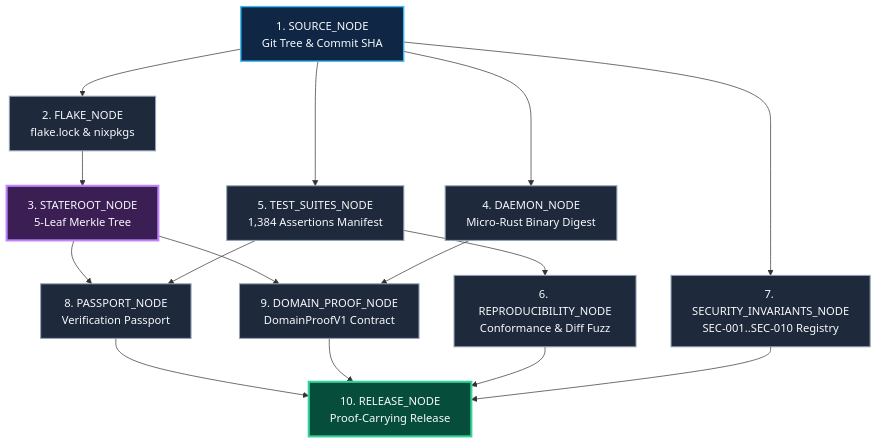
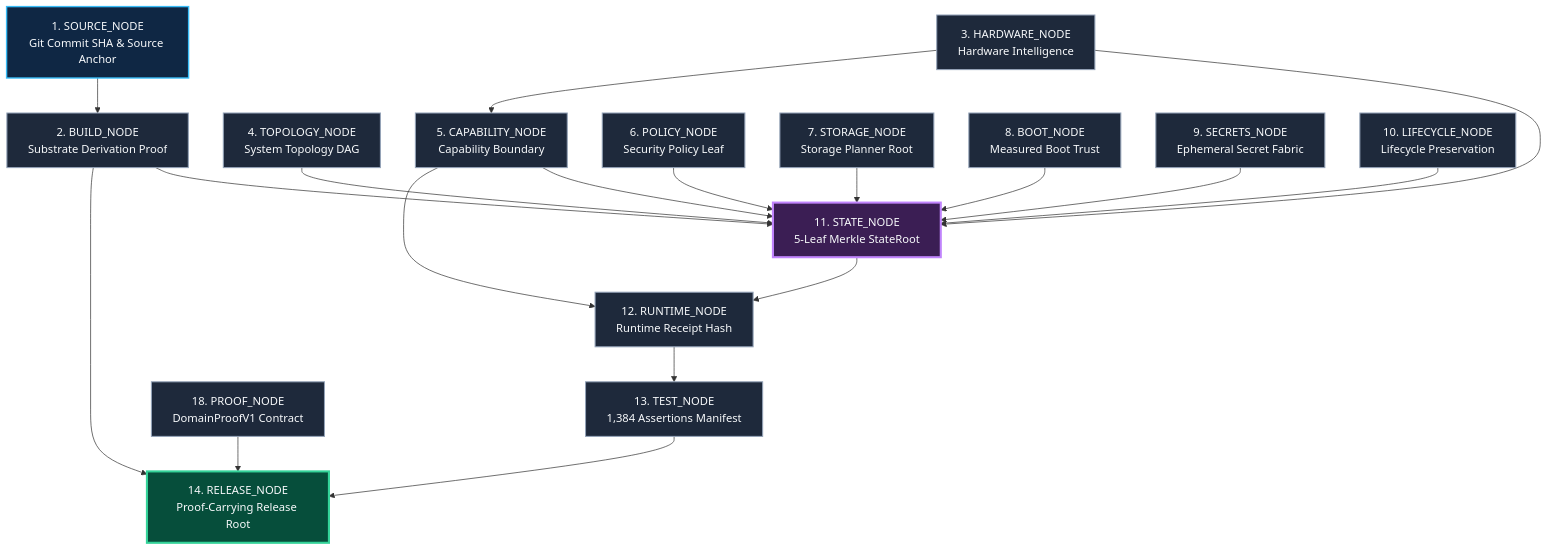
Before and after one commit to adamriofc/NeuronixOS: the seventh of 7 diagrams in README.md, drawn with Mermaid. The commit also changed other lines of this file and 2 other files, not shown here.

First line of the commit message:
fix(tools): enhance verify_passport CLI format handling and sync 18-node DAG docs

````diff
--- a/README.md
+++ b/README.md
@@ -1117,27 +1125,28 @@
 ```mermaid
 flowchart TD
-    SOURCE["1. SOURCE_NODE<br>Git Tree & Commit SHA"]:::rootNode --> FLAKE["2. FLAKE_NODE<br>flake.lock & nixpkgs"]:::midNode
-    SOURCE --> TEST["5. TEST_SUITES_NODE<br>1,384 Assertions Manifest"]:::midNode
-    SOURCE --> INVARIANTS["7. SECURITY_INVARIANTS_NODE<br>SEC-001..SEC-010 Registry"]:::midNode
+    SOURCE["1. SOURCE_NODE<br>Git Commit SHA & Source Anchor"]:::rootNode --> BUILD["2. BUILD_NODE<br>Substrate Derivation Proof"]:::midNode
     
-    FLAKE --> STATE["3. STATEROOT_NODE<br>5-Leaf Merkle Tree"]:::stateNode
-    SOURCE --> DAEMON["4. DAEMON_NODE<br>Micro-Rust Binary Digest"]:::midNode
+    HARDWARE["3. HARDWARE_NODE<br>Hardware Intelligence"]:::midNode --> STATE["11. STATE_NODE<br>5-Leaf Merkle StateRoot"]:::stateNode
+    TOPOLOGY["4. TOPOLOGY_NODE<br>System Topology DAG"]:::midNode --> STATE
+    CAPABILITY["5. CAPABILITY_NODE<br>Capability Boundary"]:::midNode --> STATE
+    POLICY["6. POLICY_NODE<br>Security Policy Leaf"]:::midNode --> STATE
+    STORAGE["7. STORAGE_NODE<br>Storage Planner Root"]:::midNode --> STATE
+    BOOT["8. BOOT_NODE<br>Measured Boot Trust"]:::midNode --> STATE
+    SECRETS["9. SECRETS_NODE<br>Ephemeral Secret Fabric"]:::midNode --> STATE
+    LIFECYCLE["10. LIFECYCLE_NODE<br>Lifecycle Preservation"]:::midNode --> STATE
     
-    TEST --> REPRO["6. REPRODUCIBILITY_NODE<br>Conformance & Diff Fuzz"]:::midNode
+    BUILD --> STATE
+    HARDWARE --> CAPABILITY
+    CAPABILITY --> RUNTIME["12. RUNTIME_NODE<br>Runtime Receipt Hash"]:::midNode
+    STATE --> RUNTIME
+    RUNTIME --> TEST["13. TEST_NODE<br>1,384 Assertions Manifest"]:::midNode
     
-    STATE --> PASSPORT["8. PASSPORT_NODE<br>Verification Passport"]:::midNode
-    TEST --> PASSPORT
-    
-    STATE --> DOMAIN["9. DOMAIN_PROOF_NODE<br>DomainProofV1 Contract"]:::midNode
-    DAEMON --> DOMAIN
-    
-    PASSPORT --> RELEASE["10. RELEASE_NODE<br>Proof-Carrying Release"]:::releaseNode
-    DOMAIN --> RELEASE
-    REPRO --> RELEASE
-    INVARIANTS --> RELEASE
+    BUILD --> RELEASE["14. RELEASE_NODE<br>Proof-Carrying Release Root"]:::releaseNode
+    TEST --> RELEASE
+    PROOF["18. PROOF_NODE<br>DomainProofV1 Contract"]:::midNode --> RELEASE
 
     classDef rootNode fill:#0f2744,stroke:#38bdf8,stroke-width:2px,color:#f8fafc;
     classDef midNode fill:#1e293b,stroke:#94a3b8,stroke-width:1.5px,color:#f8fafc;
     classDef stateNode fill:#3b1e54,stroke:#c084fc,stroke-width:3px,color:#f8fafc;
     classDef releaseNode fill:#064e3b,stroke:#34d399,stroke-width:3px,color:#f8fafc;
 ```
````
